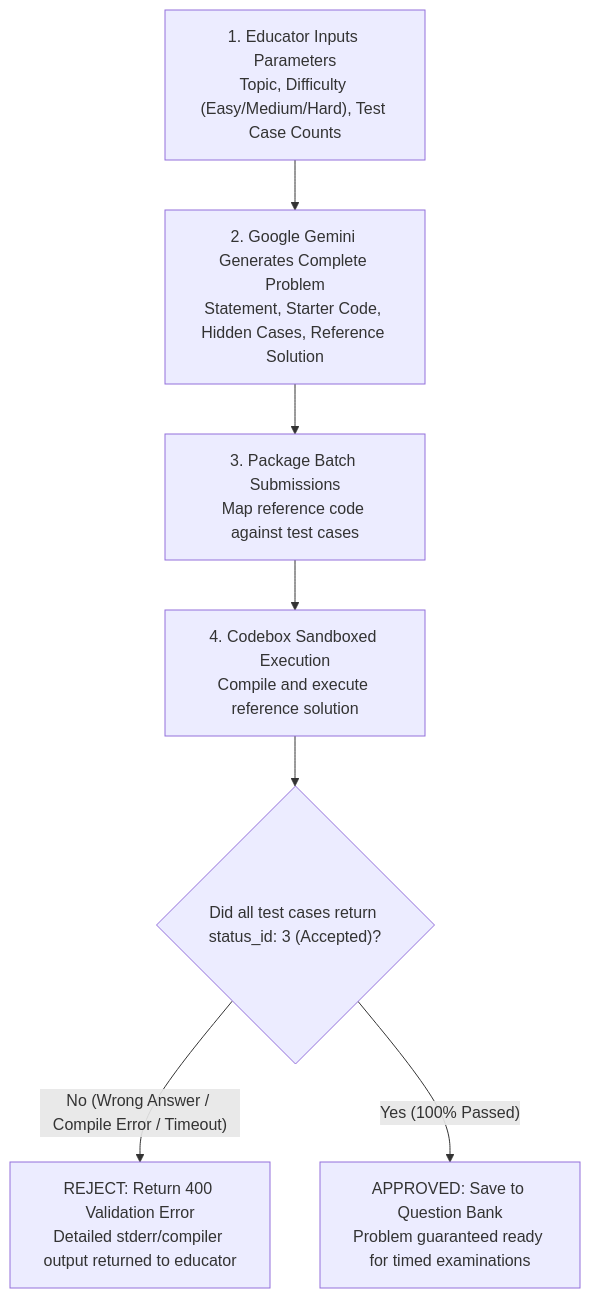
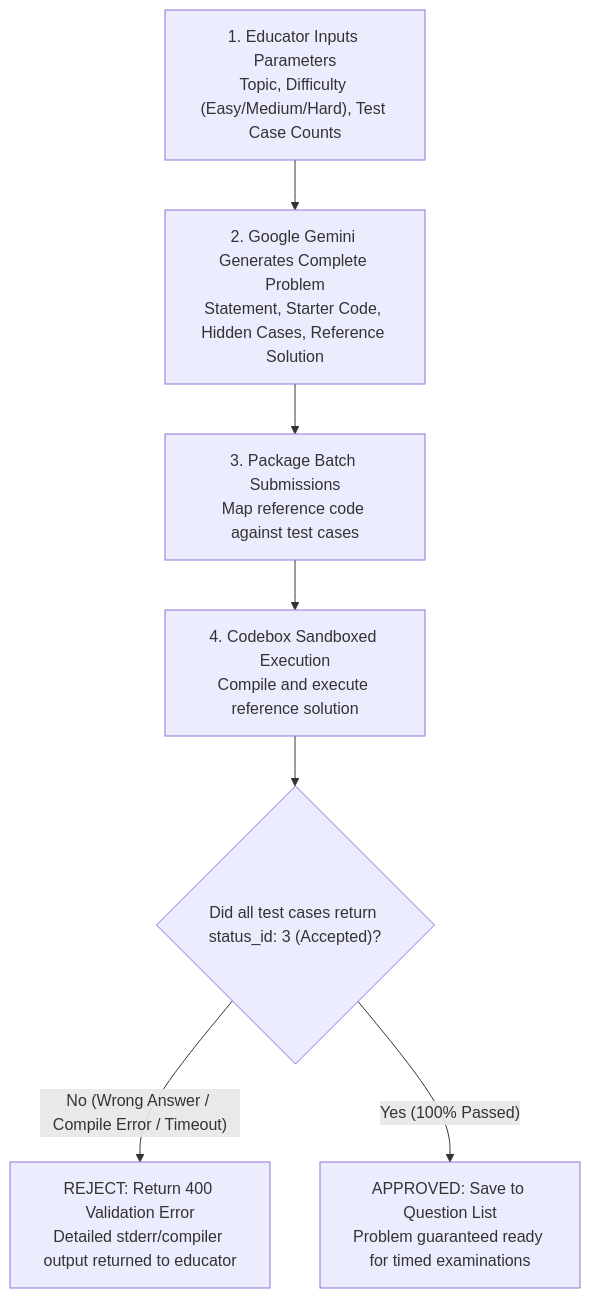
One commit to Y45hK1r0l4/CodeCaliber changed the first of 2 diagrams in README.md. Above: the diagram before and after it, drawn with Mermaid. The commit also changed other lines of this file, not shown here.

````diff
--- a/README.md
+++ b/README.md
@@ -35,10 +31,10 @@
 ```mermaid
 flowchart TD
     Prompt["1. Educator Inputs Parameters<br/>Topic, Difficulty (Easy/Medium/Hard), Test Case Counts"] --> Gemini["2. Google Gemini Generates Complete Problem<br/>Statement, Starter Code, Hidden Cases, Reference Solution"]
     Gemini --> Batch["3. Package Batch Submissions<br/>Map reference code against test cases"]
     Batch --> Codebox["4. Codebox Sandboxed Execution<br/>Compile and execute reference solution"]
     Codebox --> ValidationCheck{"Did all test cases return status_id: 3 (Accepted)?"}
     
     ValidationCheck -- "No (Wrong Answer / Compile Error / Timeout)" --> Reject["REJECT: Return 400 Validation Error<br/>Detailed stderr/compiler output returned to educator"]
-    ValidationCheck -- "Yes (100% Passed)" --> Save["APPROVED: Save to Question Bank<br/>Problem guaranteed ready for timed examinations"]
+    ValidationCheck -- "Yes (100% Passed)" --> Save["APPROVED: Save to Question List<br/>Problem guaranteed ready for timed examinations"]
 ```
````
